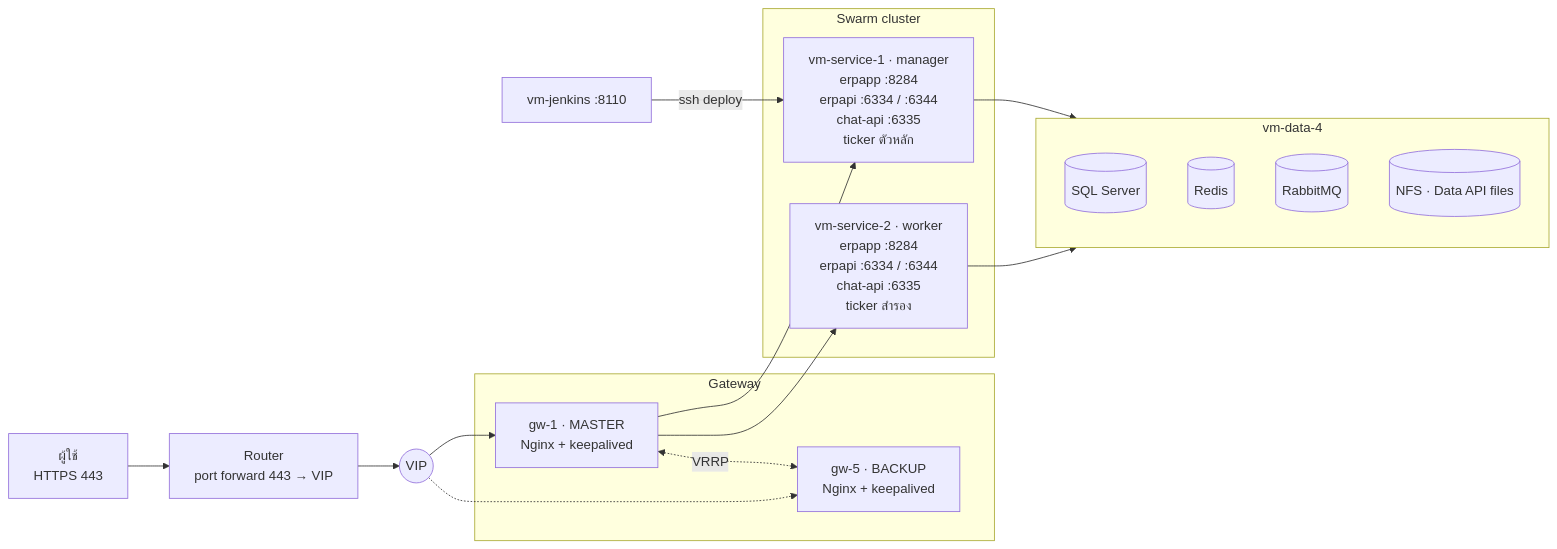
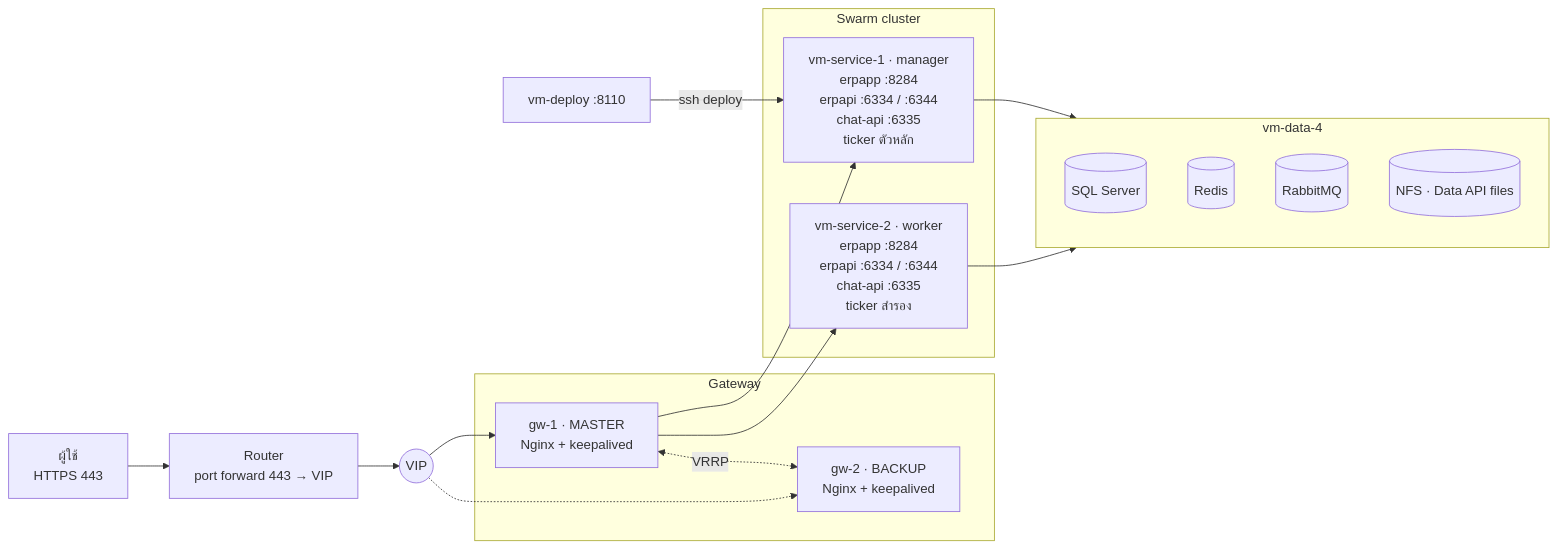
Before and after one commit to brambroza/erp-infra: the diagram in docs/architecture.md, drawn with Mermaid. The commit also changed other lines of this file and 13 other files, not shown here.

````diff
--- a/docs/architecture.md
+++ b/docs/architecture.md
@@ -9,27 +9,27 @@
 ```mermaid
 flowchart LR
     U[ผู้ใช้<br/>HTTPS 443] --> R[Router<br/>port forward 443 → VIP]
     R --> VIP((VIP))
     subgraph GW[Gateway]
         G1[gw-1 · MASTER<br/>Nginx + keepalived]
-        G5[gw-5 · BACKUP<br/>Nginx + keepalived]
+        G5[gw-2 · BACKUP<br/>Nginx + keepalived]
         G1 <-. VRRP .-> G5
     end
     VIP --> G1
     VIP -.-> G5
     subgraph SW[Swarm cluster]
         S1[vm-service-1 · manager<br/>erpapp :8284<br/>erpapi :6334 / :6344<br/>chat-api :6335<br/>ticker ตัวหลัก]
         S2[vm-service-2 · worker<br/>erpapp :8284<br/>erpapi :6334 / :6344<br/>chat-api :6335<br/>ticker สำรอง]
     end
     G1 --> S1
     G1 --> S2
     subgraph D[vm-data-4]
         SQL[(SQL Server)]
         RD[(Redis)]
         MQ[(RabbitMQ)]
         NFS[(NFS · Data API files)]
     end
     S1 --> D
     S2 --> D
-    J[vm-jenkins :8110] -- ssh deploy --> S1
+    J[vm-deploy :8110] -- ssh deploy --> S1
 ```
````
